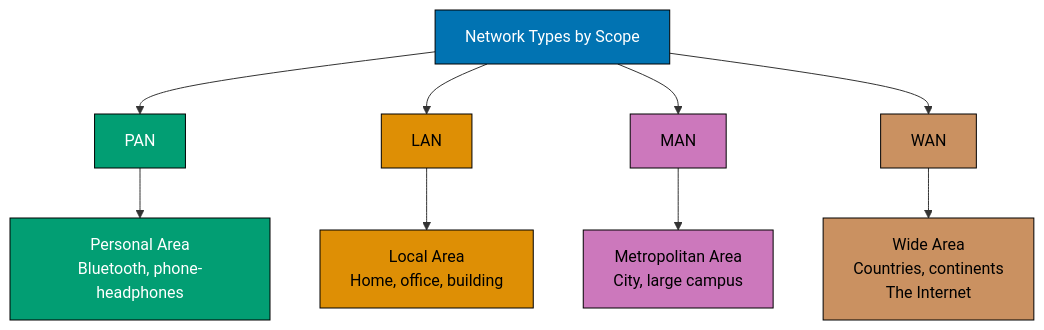
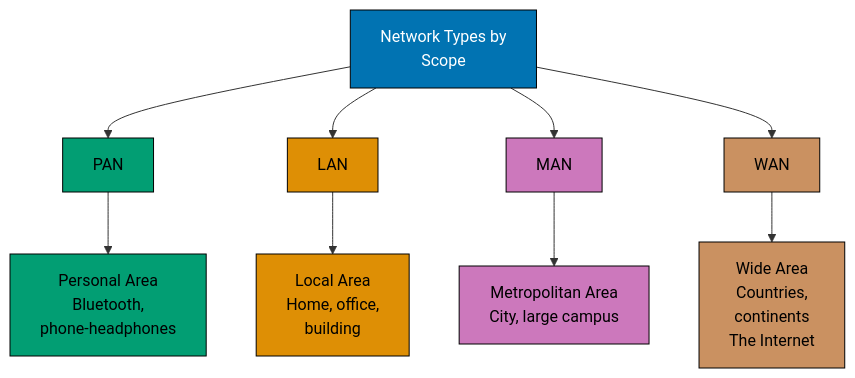
One commit to wahidyankf/ose-public changed the fourth of 6 diagrams in apps/ayokoding-www/content/en/learn/legacy/software-engineering/networking/introduction.md. Above: the diagram before and after it, drawn with Mermaid. The commit also changed other lines of this file and 78 other files, not shown here.

First line of the commit message:
fix(mermaid): bring the remaining legacy software-engineering diagrams onto the accessible palette

````diff
--- a/apps/ayokoding-www/content/en/learn/legacy/software-engineering/networking/introduction.md
+++ b/apps/ayokoding-www/content/en/learn/legacy/software-engineering/networking/introduction.md
@@ -215,23 +237,31 @@
 ```mermaid
 %% Color Palette: Blue #0173B2, Orange #DE8F05, Teal #029E73, Purple #CC78BC, Brown #CA9161
 flowchart TD
-    A[Network Types by Scope] --> B[PAN]
+    accTitle: Network Types
+    accDescr: Flowchart with 9 nodes and 8 connections. Nodes: Network Types by Scope, PAN, LAN, MAN, WAN, Personal Area Bluetooth, phone-headphones, Local Area Home, office, building, Metropolitan Area City, large campus, Wide Area Countries, continents The Internet. Connections: Network Types by Scope to PAN, Network Types by Scope to LAN, Network Types by Scope to MAN, Network Types by Scope to WAN, PAN to Personal Area Bluetooth, phone-headphones, LAN to Local Area Home, office, building, MAN to Metropolitan Area City, large campus, WAN to Wide Area Countries, continents The Internet.
+    A[Network Types by<br/>Scope] --> B[PAN]
     A --> C[LAN]
     A --> D[MAN]
     A --> E[WAN]
 
-    B --> F[Personal Area<br/>Bluetooth, phone-headphones]
-    C --> G[Local Area<br/>Home, office, building]
+    B --> F[Personal Area<br/>Bluetooth,<br/>phone-headphones]
+    C --> G[Local Area<br/>Home, office,<br/>building]
     D --> H[Metropolitan Area<br/>City, large campus]
-    E --> I[Wide Area<br/>Countries, continents<br/>The Internet]
+    E --> I[Wide Area<br/>Countries,<br/>continents<br/>The Internet]
 
-    style A fill:#0173B2,stroke:#000,color:#fff
-    style B fill:#029E73,stroke:#000,color:#fff
-    style C fill:#DE8F05,stroke:#000,color:#000
-    style D fill:#CC78BC,stroke:#000,color:#000
-    style E fill:#CA9161,stroke:#000,color:#000
-    style F fill:#029E73,stroke:#000,color:#fff
-    style G fill:#DE8F05,stroke:#000,color:#000
-    style H fill:#CC78BC,stroke:#000,color:#000
-    style I fill:#CA9161,stroke:#000,color:#000
+    classDef pal-0173B2 fill:#0173B2,stroke:#000000,color:#FFFFFF
+    class A pal-0173B2
+    classDef pal-029E73 fill:#029E73,stroke:#000000,color:#000000
+    class B pal-029E73
+    classDef pal-DE8F05 fill:#DE8F05,stroke:#000000,color:#000000
+    class C pal-DE8F05
+    classDef pal-CC78BC fill:#CC78BC,stroke:#000000,color:#000000
+    class D pal-CC78BC
+    classDef pal-CA9161 fill:#CA9161,stroke:#000000,color:#000000
+    class E pal-CA9161
+    class F pal-029E73
+    class G pal-DE8F05
+    class H pal-CC78BC
+    class I pal-CA9161
+    classDef default fill:#FFFFFF,stroke:#000000,color:#000000
 ```
````
